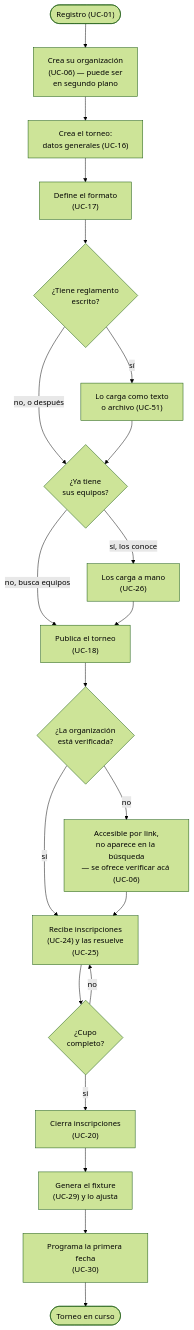
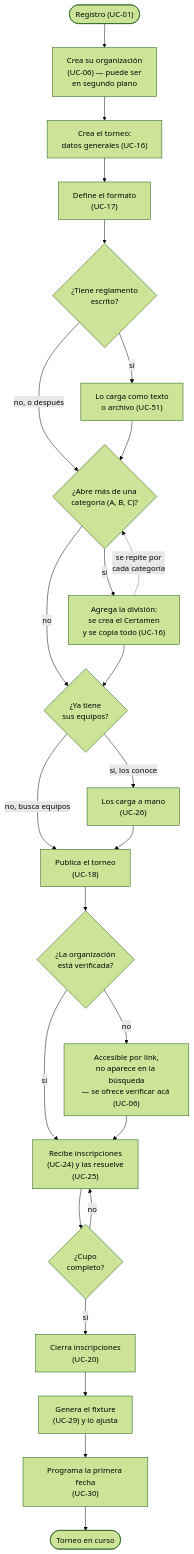
The third of 7 diagrams in docs/documentacion/05-flujos-ux-user-journeys.md (MaruGamonal/InvictosApp), drawn with Mermaid (forest theme) before and after one commit. The commit also changed other lines of this file and 7 other files, not shown here.

````diff
--- a/docs/documentacion/05-flujos-ux-user-journeys.md
+++ b/docs/documentacion/05-flujos-ux-user-journeys.md
@@ -133,23 +133,27 @@
 ```mermaid
 flowchart TB
     A(["Registro (UC-01)"]) --> B["Crea su organización<br/>(UC-06) — puede ser<br/>en segundo plano"]
     B --> C["Crea el torneo:<br/>datos generales (UC-16)"]
     C --> D["Define el formato<br/>(UC-17)"]
     D --> R{"¿Tiene reglamento<br/>escrito?"}
     R -->|"sí"| R2["Lo carga como texto<br/>o archivo (UC-51)"]
-    R -->|"no, o después"| E{"¿Ya tiene<br/>sus equipos?"}
-    R2 --> E
+    R -->|"no, o después"| DV{"¿Abre más de una<br/>categoría (A, B, C)?"}
+    R2 --> DV
+    DV -->|"sí"| DV2["Agrega la división:<br/>se crea el Certamen<br/>y se copia todo (UC-16)"]
+    DV -->|"no"| E{"¿Ya tiene<br/>sus equipos?"}
+    DV2 -.->|"se repite por<br/>cada categoría"| DV
+    DV2 --> E
     E -->|"sí, los conoce"| F["Los carga a mano<br/>(UC-26)"]
     E -->|"no, busca equipos"| G["Publica el torneo<br/>(UC-18)"]
     F --> G
     G --> V{"¿La organización<br/>está verificada?"}
     V -->|"sí"| H["Recibe inscripciones<br/>(UC-24) y las resuelve<br/>(UC-25)"]
     V -->|"no"| W["Accesible por link,<br/>no aparece en la búsqueda<br/>— se ofrece verificar acá (UC-06)"]
     W --> H
     H --> I{"¿Cupo<br/>completo?"}
     I -->|"no"| H
     I -->|"sí"| J["Cierra inscripciones<br/>(UC-20)"]
     J --> K["Genera el fixture<br/>(UC-29) y lo ajusta"]
     K --> L["Programa la primera fecha<br/>(UC-30)"]
     L --> M(["Torneo en curso"])
 ```
````
